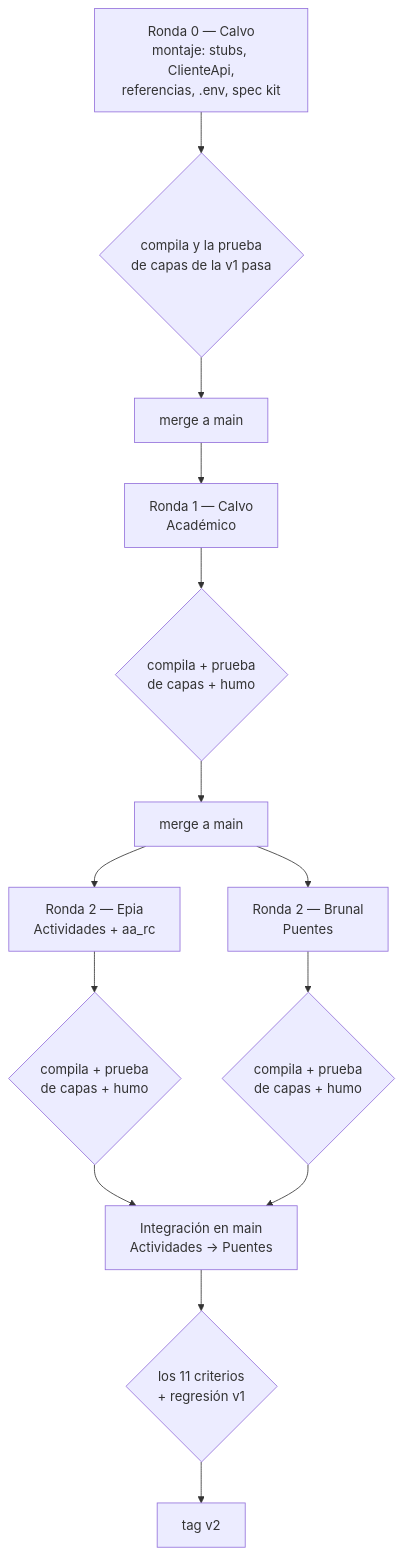
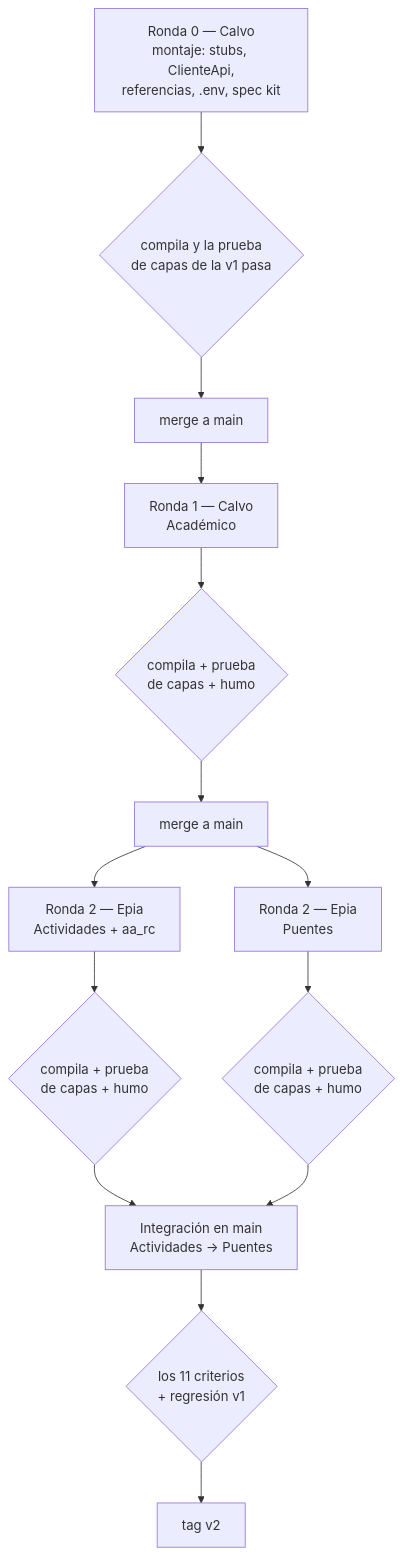
Before and after one commit to MrEpia/innovacioncurricular: the diagram in docs/spec_kit/versiones/v2_entrega2/8_tasks.md, drawn with Mermaid. The commit also changed other lines of this file and 23 other files, not shown here.

````diff
--- a/docs/spec_kit/versiones/v2_entrega2/8_tasks.md
+++ b/docs/spec_kit/versiones/v2_entrega2/8_tasks.md
@@ -31,16 +33,16 @@
 ```mermaid
 flowchart TD
     R0["Ronda 0 — Calvo<br/>montaje: stubs, ClienteApi,<br/>referencias, .env, spec kit"] --> G0{"compila y la prueba<br/>de capas de la v1 pasa"}
     G0 --> M0["merge a main"]
     M0 --> A["Ronda 1 — Calvo<br/>Académico"]
     A --> GA{"compila + prueba<br/>de capas + humo"}
     GA --> M1["merge a main"]
     M1 --> B["Ronda 2 — Epia<br/>Actividades + aa_rc"]
-    M1 --> C["Ronda 2 — Brunal<br/>Puentes"]
+    M1 --> C["Ronda 2 — Epia<br/>Puentes"]
     B --> GB{"compila + prueba<br/>de capas + humo"}
     C --> GC{"compila + prueba<br/>de capas + humo"}
     GB --> I["Integración en main<br/>Actividades → Puentes"]
     GC --> I
     I --> GF{"los 11 criterios<br/>+ regresión v1"}
     GF --> T["tag v2"]
 ```
````
